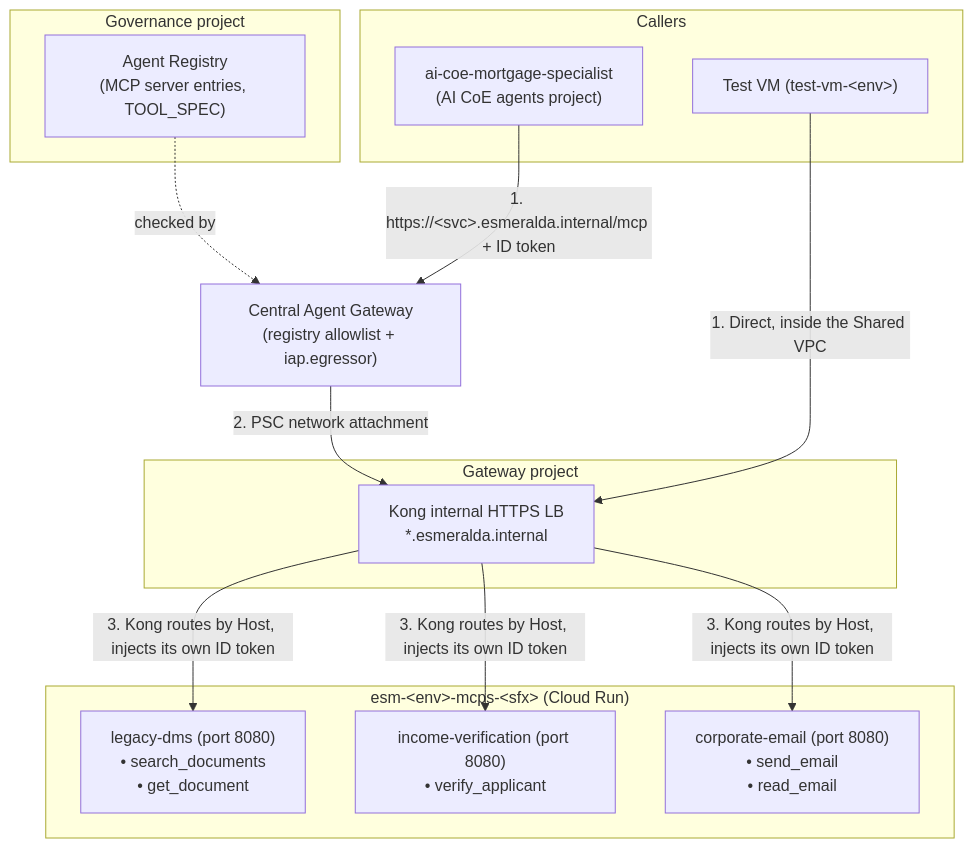
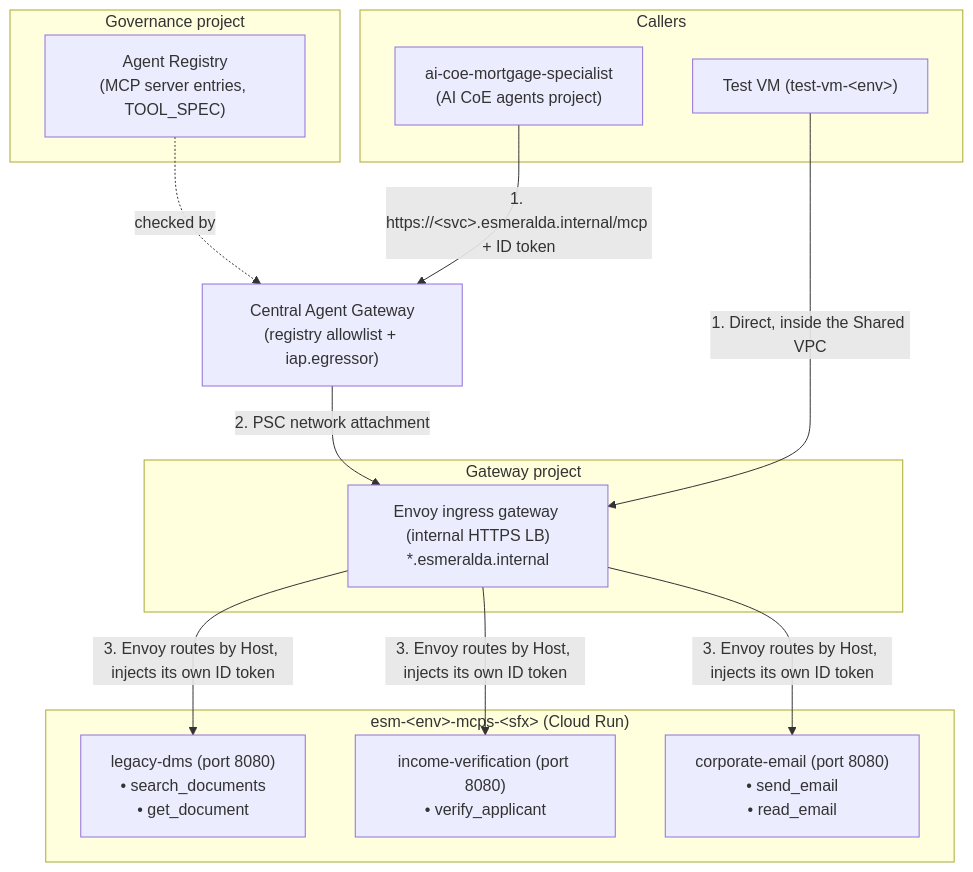
The diagram in docs/src/2-workloads-and-catalog/02-mcp-tool-servers.md (google/esmeralda), drawn with Mermaid before and after one commit. The commit also changed other lines of this file and 15 other files, not shown here.

First line of the commit message:
docs: describe the Envoy ingress gateway (#73)

````diff
--- a/docs/src/2-workloads-and-catalog/02-mcp-tool-servers.md
+++ b/docs/src/2-workloads-and-catalog/02-mcp-tool-servers.md
@@ -46,29 +46,29 @@
 ```mermaid
 flowchart TD
     subgraph Clients["Callers"]
         A2AAgent["ai-coe-mortgage-specialist<br/>(AI CoE agents project)"]
         TestVM["Test VM (test-vm-#60;env#62;)"]
     end
 
     AGW["Central Agent Gateway<br/>(registry allowlist + iap.egressor)"]
 
     subgraph Gateway["Gateway project"]
-        ILB["Kong internal HTTPS LB<br/>*.esmeralda.internal"]
+        ILB["Envoy ingress gateway (internal HTTPS LB)<br/>*.esmeralda.internal"]
     end
 
     subgraph Tools["esm-#60;env#62;-mcps-#60;sfx#62; (Cloud Run)"]
         DMS["legacy-dms (port 8080)<br/>• search_documents<br/>• get_document"]
         Income["income-verification (port 8080)<br/>• verify_applicant"]
         Email["corporate-email (port 8080)<br/>• send_email<br/>• read_email"]
     end
 
     subgraph Catalog["Governance project"]
         Registry["Agent Registry<br/>(MCP server entries, TOOL_SPEC)"]
     end
 
     A2AAgent -->|"1. https://#60;svc#62;.esmeralda.internal/mcp + ID token"| AGW
     AGW -->|2. PSC network attachment| ILB
     TestVM -->|1. Direct, inside the Shared VPC| ILB
-    ILB -->|"3. Kong routes by Host, injects its own ID token"| DMS & Income & Email
+    ILB -->|"3. Envoy routes by Host, injects its own ID token"| DMS & Income & Email
     Registry -.->|checked by| AGW
 ```
````
